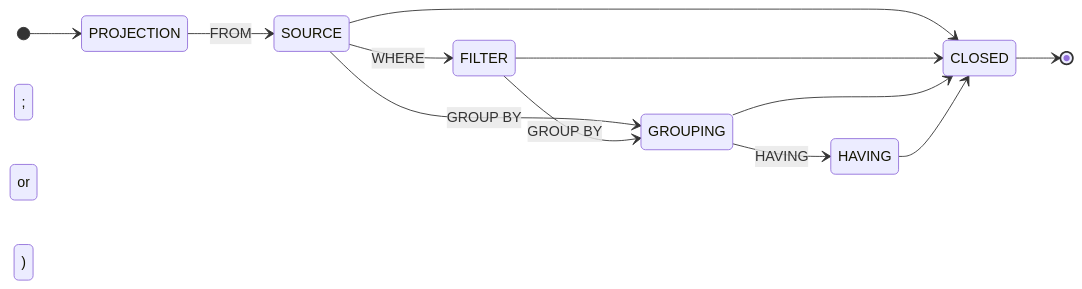
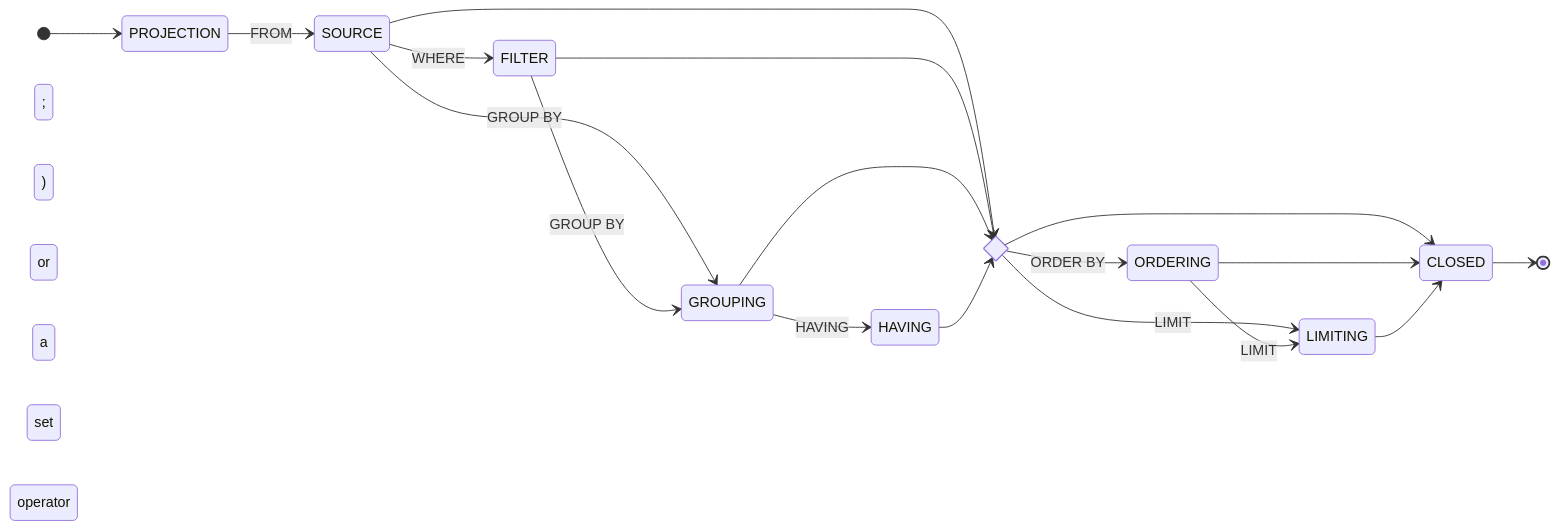
One commit to pinting/oraculum changed the eighth of 12 diagrams in README.md. Above: the diagram before and after it, drawn with Mermaid. The commit also changed other lines of this file and 68 other files, not shown here.

````diff
--- a/README.md
+++ b/README.md
@@ -636,15 +715,22 @@
 ```mermaid
 stateDiagram-v2
     direction LR
     [*] --> PROJECTION
     PROJECTION --> SOURCE: FROM
     SOURCE --> FILTER: WHERE
     SOURCE --> GROUPING: GROUP BY
     FILTER --> GROUPING: GROUP BY
     GROUPING --> HAVING: HAVING
-    SOURCE --> CLOSED: ; or )
-    FILTER --> CLOSED: ; or )
-    GROUPING --> CLOSED: ; or )
-    HAVING --> CLOSED: ; or )
+    state body <<choice>>
+    SOURCE --> body
+    FILTER --> body
+    GROUPING --> body
+    HAVING --> body
+    body --> ORDERING: ORDER BY
+    body --> LIMITING: LIMIT
+    ORDERING --> LIMITING: LIMIT
+    body --> CLOSED: ; ) or a set operator
+    ORDERING --> CLOSED: ; or )
+    LIMITING --> CLOSED: ; or )
     CLOSED --> [*]
 ```
````
